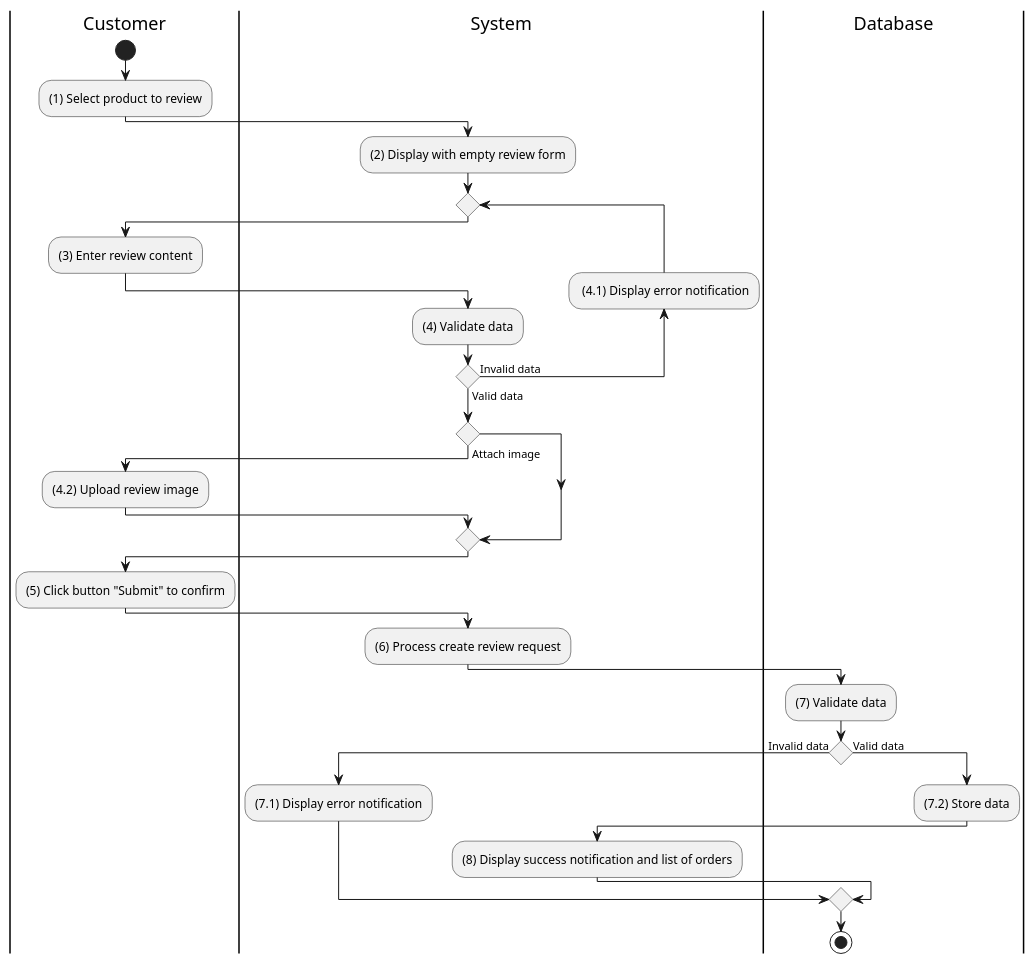
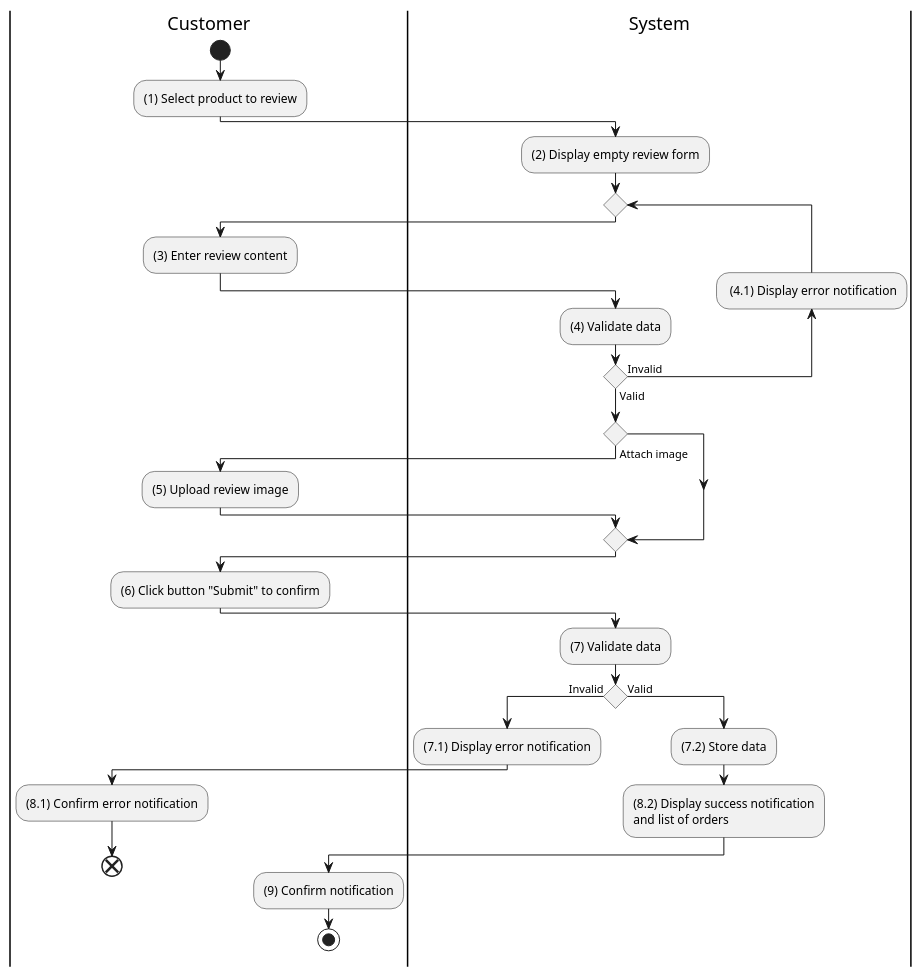
Before and after one commit to electricilies/electricilies.github.io: the diagram in docs/software-docs/activity/view-order/review-product.md, drawn with PlantUML. The commit also changed 47 other files, not shown here.

````diff
--- a/docs/software-docs/activity/view-order/review-product.md
+++ b/docs/software-docs/activity/view-order/review-product.md
@@ -3,42 +3,41 @@
 ```plantuml
 @startuml
 |C|Customer
 |S|System
-|D|Database
 
 |C|
 start
 :(1) Select product to review;
 |S|
-:(2) Display with empty review form;
+:(2) Display empty review form;
 repeat
   |C|
   :(3) Enter review content;
   |S|
   :(4) Validate data;
 backward: (4.1) Display error notification;
-repeat while () is (Invalid data) not (Valid data)
+repeat while () is (Invalid) not (Valid)
 if () then (Attach image)
   |C|
-  :(4.2) Upload review image;
+  :(5) Upload review image;
 endif
 |C|
-:(5) Click button "Submit" to confirm;
+:(6) Click button "Submit" to confirm;
 |S|
-:(6) Process create review request;
-|D|
 :(7) Validate data;
-if () then (Invalid data)
+if () then (Invalid)
+  :(7.1) Display error notification;
+  |C|
+  :(8.1) Confirm error notification;
+  end
+else (Valid)
   |S|
-  :(7.1) Display error notification;
-else (Valid data)
-  |D|
   :(7.2) Store data;
-  |S|
-  :(8) Display success notification and list of orders;
+  :(8.2) Display success notification 
+and list of orders;
+  |C|
+  :(9) Confirm notification;
+  stop
 endif
-|D|
-stop
-
 @enduml
 ```
````
